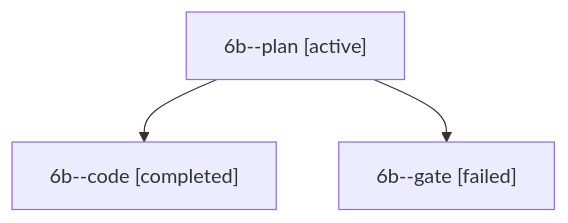
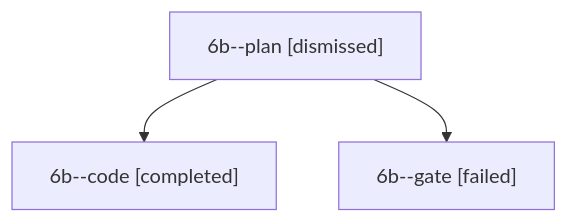
One commit to bobs-org/bob-cli--agents changed the diagram in sessions/bbugyi200.apollo.6b.md. Above: the diagram before and after it, drawn with Mermaid. The commit also changed other lines of this file and 60 other files, not shown here.

````diff
--- a/sessions/bbugyi200.apollo.6b.md
+++ b/sessions/bbugyi200.apollo.6b.md
@@ -9,8 +9,8 @@
 ```mermaid
 flowchart TD
-  n0["6b--plan [active]"]
+  n0["6b--plan [dismissed]"]
   n1["6b--code [completed]"]
   n0 --> n1
   n2["6b--gate [failed]"]
   n0 --> n2
 ```
````
